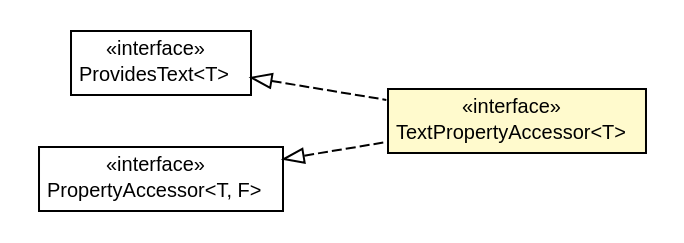
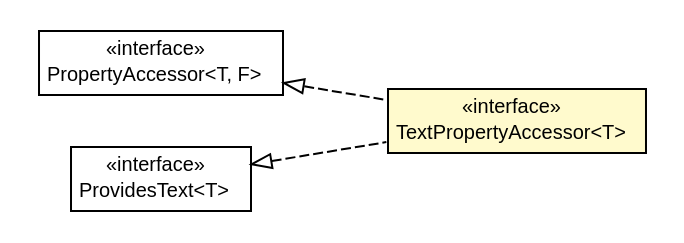
Before and after one commit to growbit/turbogwt-databind: the diagram in javadoc/apidocs/org/turbogwt/mvp/databind/client/property/TextPropertyAccessor.dot, drawn with Graphviz. The commit also changed 147 other files, not shown here.

```diff
--- a/javadoc/apidocs/org/turbogwt/mvp/databind/client/property/TextPropertyAccessor.dot
+++ b/javadoc/apidocs/org/turbogwt/mvp/databind/client/property/TextPropertyAccessor.dot
@@ -1,38 +1,38 @@
 #!/usr/local/bin/dot
 #
 # Class diagram 
 # Generated by UMLGraph version R5_6-24-gf6e263 (http://www.umlgraph.org/)
 #
 
 digraph G {
 	edge [fontname="arial",fontsize=10,labelfontname="arial",labelfontsize=10];
 	node [fontname="arial",fontsize=10,shape=plaintext];
 	nodesep=0.25;
 	ranksep=0.5;
 	rankdir=LR;
 	// org.turbogwt.mvp.databind.client.property.TextPropertyAccessor<T>
-	c1746 [label=<<table title="org.turbogwt.mvp.databind.client.property.TextPropertyAccessor" border="0" cellborder="1" cellspacing="0" cellpadding="2" port="p" bgcolor="lemonChiffon" href="./TextPropertyAccessor.html">
+	c845 [label=<<table title="org.turbogwt.mvp.databind.client.property.TextPropertyAccessor" border="0" cellborder="1" cellspacing="0" cellpadding="2" port="p" bgcolor="lemonChiffon" href="./TextPropertyAccessor.html">
 		<tr><td><table border="0" cellspacing="0" cellpadding="1">
 <tr><td align="center" balign="center"> &#171;interface&#187; </td></tr>
 <tr><td align="center" balign="center"> TextPropertyAccessor&lt;T&gt; </td></tr>
 		</table></td></tr>
 		</table>>, URL="./TextPropertyAccessor.html", fontname="arial", fontcolor="black", fontsize=10.0];
-	// org.turbogwt.mvp.databind.client.property.ProvidesText<T>
-	c1748 [label=<<table title="org.turbogwt.mvp.databind.client.property.ProvidesText" border="0" cellborder="1" cellspacing="0" cellpadding="2" port="p" href="./ProvidesText.html">
-		<tr><td><table border="0" cellspacing="0" cellpadding="1">
-<tr><td align="center" balign="center"> &#171;interface&#187; </td></tr>
-<tr><td align="center" balign="center"> ProvidesText&lt;T&gt; </td></tr>
-		</table></td></tr>
-		</table>>, URL="./ProvidesText.html", fontname="arial", fontcolor="black", fontsize=10.0];
 	// org.turbogwt.mvp.databind.client.property.PropertyAccessor<T, F>
-	c1756 [label=<<table title="org.turbogwt.mvp.databind.client.property.PropertyAccessor" border="0" cellborder="1" cellspacing="0" cellpadding="2" port="p" href="./PropertyAccessor.html">
+	c846 [label=<<table title="org.turbogwt.mvp.databind.client.property.PropertyAccessor" border="0" cellborder="1" cellspacing="0" cellpadding="2" port="p" href="./PropertyAccessor.html">
 		<tr><td><table border="0" cellspacing="0" cellpadding="1">
 <tr><td align="center" balign="center"> &#171;interface&#187; </td></tr>
 <tr><td align="center" balign="center"> PropertyAccessor&lt;T, F&gt; </td></tr>
 		</table></td></tr>
 		</table>>, URL="./PropertyAccessor.html", fontname="arial", fontcolor="black", fontsize=10.0];
 	//org.turbogwt.mvp.databind.client.property.TextPropertyAccessor<T> implements org.turbogwt.mvp.databind.client.property.PropertyAccessor<T, F>
-	c1756:p -> c1746:p [dir=back,arrowtail=empty,style=dashed];
-	//org.turbogwt.mvp.databind.client.property.TextPropertyAccessor<T> implements org.turbogwt.mvp.databind.client.property.ProvidesText<T>
-	c1748:p -> c1746:p [dir=back,arrowtail=empty,style=dashed];
+	c846:p -> c845:p [dir=back,arrowtail=empty,style=dashed];
+	//org.turbogwt.mvp.databind.client.property.TextPropertyAccessor<T> implements org.turbogwt.core.providers.client.ProvidesText<T>
+	c858:p -> c845:p [dir=back,arrowtail=empty,style=dashed];
+	// org.turbogwt.core.providers.client.ProvidesText<T>
+	c858 [label=<<table title="org.turbogwt.core.providers.client.ProvidesText" border="0" cellborder="1" cellspacing="0" cellpadding="2" port="p">
+		<tr><td><table border="0" cellspacing="0" cellpadding="1">
+<tr><td align="center" balign="center"> &#171;interface&#187; </td></tr>
+<tr><td align="center" balign="center"> ProvidesText&lt;T&gt; </td></tr>
+		</table></td></tr>
+		</table>>, URL="null", fontname="arial", fontcolor="black", fontsize=10.0];
 }
```
